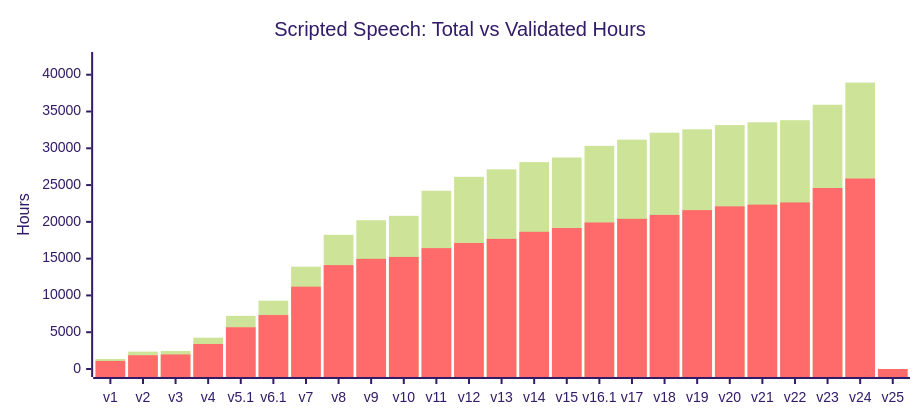
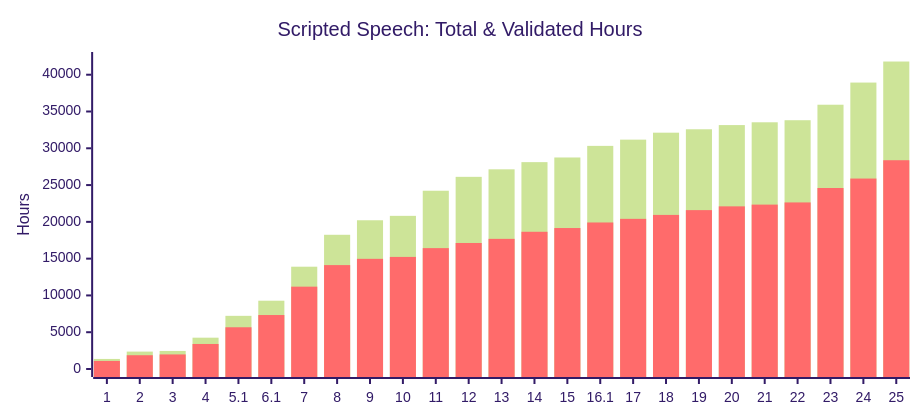
One commit to common-voice/cv-dataset changed the first of 3 diagrams in datasets/scripted-speech/README.md. Above: the diagram before and after it, drawn with Mermaid (forest theme). The commit also changed other lines of this file, not shown here.

````diff
--- a/datasets/scripted-speech/README.md
+++ b/datasets/scripted-speech/README.md
@@ -13,14 +13,14 @@
 ```mermaid
 ---
 config:
     xyChart:
         width: 900
         height: 400
 ---
 xychart-beta
-    title "Scripted Speech: Total vs Validated Hours"
-    x-axis ["v1","v2","v3","v4","v5.1","v6.1","v7","v8","v9","v10","v11","v12","v13","v14","v15","v16.1","v17","v18","v19","v20","v21","v22","v23","v24","v25"]
+    title "Scripted Speech: Total & Validated Hours"
+    x-axis ["1","2","3","4","5.1","6.1","7","8","9","10","11","12","13","14","15","16.1","17","18","19","20","21","22","23","24","25"]
     y-axis "Hours" 0 --> 42000
-    bar [1368,2366,2454,4257,7226,9283,13905,18243,20217,20817,24231,26119,27141,28117,28750,30328,31175,32121,32584,33154,33534,33815,35921,38932,0]
-    bar [1096,1872,1979,3401,5671,7335,11192,14122,14973,15234,16429,17127,17689,18651,19159,19915,20408,20943,21593,22106,22344,22640,24600,25886,0]
+    bar [1368,2366,2454,4257,7226,9283,13905,18243,20217,20817,24231,26119,27141,28117,28750,30328,31175,32121,32584,33154,33534,33815,35921,38932,41792]
+    bar [1096,1872,1979,3401,5671,7335,11192,14122,14973,15234,16429,17127,17689,18651,19159,19915,20408,20943,21593,22106,22344,22640,24600,25886,28377]
 ```
````
